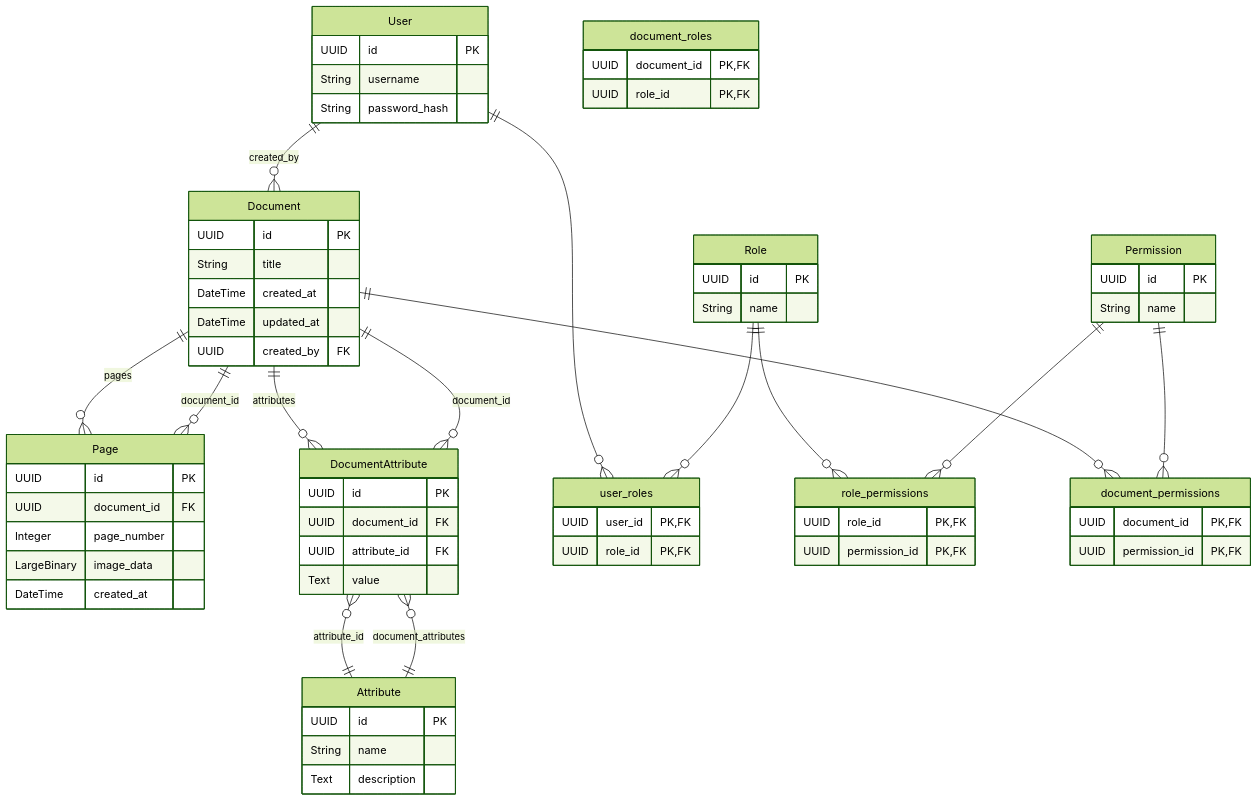
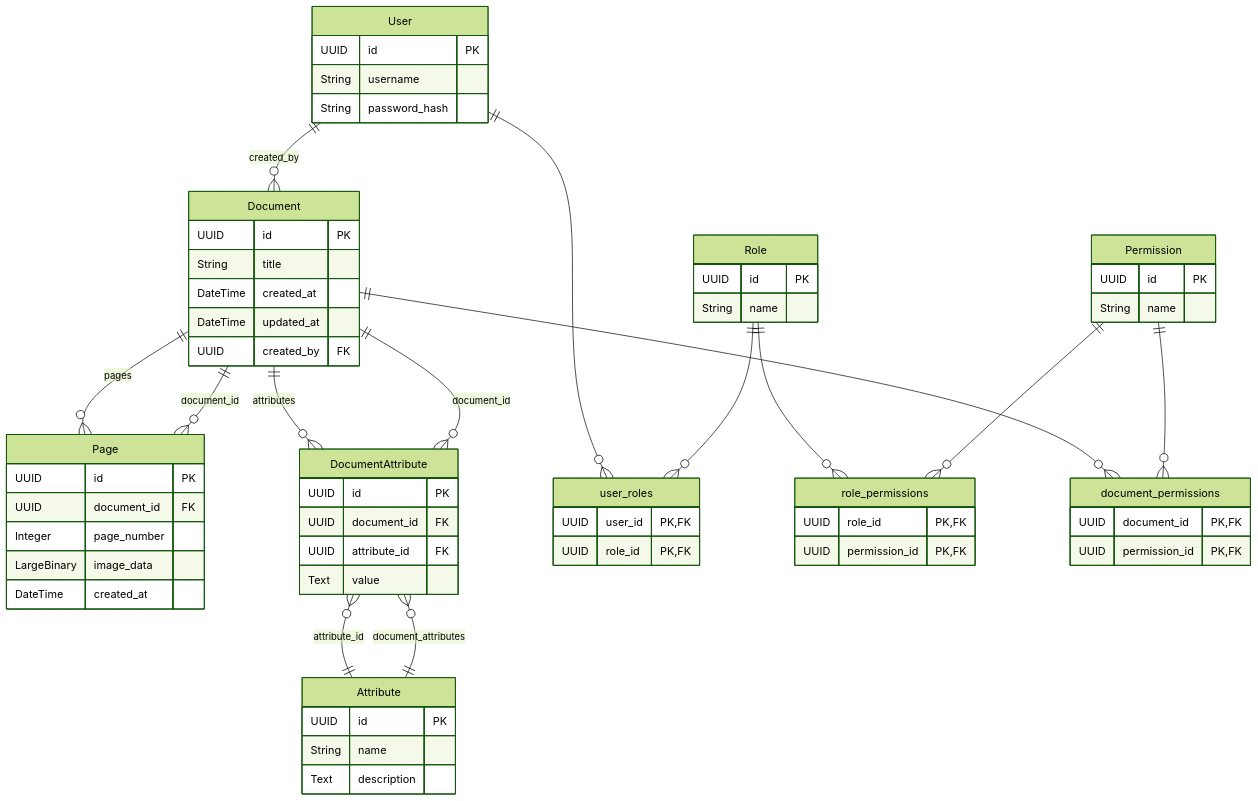
One commit to thunderquack/arc-be changed the diagram in database/scheme.md. Above: the diagram before and after it, drawn with Mermaid (forest theme).

Commit message:
extra table

````diff
--- a/database/scheme.md
+++ b/database/scheme.md
@@ -3,82 +3,77 @@
 ```mermaid
 erDiagram
     User {
         UUID id PK
         String username
         String password_hash
     }
     
     Role {
         UUID id PK
         String name
     }
     
     Permission {
         UUID id PK
         String name
     }
     
     Document {
         UUID id PK
         String title
         DateTime created_at
         DateTime updated_at
         UUID created_by FK
     }
     
     Page {
         UUID id PK
         UUID document_id FK
         Integer page_number
         LargeBinary image_data
         DateTime created_at
     }
     
     Attribute {
         UUID id PK
         String name
         Text description
     }
     
     DocumentAttribute {
         UUID id PK
         UUID document_id FK
         UUID attribute_id FK
         Text value
     }
 
     user_roles {
         UUID user_id PK, FK
         UUID role_id PK, FK
     }
     
     role_permissions {
         UUID role_id PK, FK
         UUID permission_id PK, FK
     }
     
     document_permissions {
         UUID document_id PK, FK
         UUID permission_id PK, FK
     }
 
-    document_roles {
-        UUID document_id PK, FK
-        UUID role_id PK, FK
-    }
-
     User ||--o{ Document : "created_by"
     User ||--o{ user_roles : ""
     Role ||--o{ user_roles : ""
     Role ||--o{ role_permissions : ""
     Permission ||--o{ role_permissions : ""
     Document ||--o{ Page : "pages"
     Document ||--o{ DocumentAttribute : "attributes"
     Document ||--o{ document_permissions : ""
     Page }o--|| Document : "document_id"
     Attribute ||--o{ DocumentAttribute : "document_attributes"
     DocumentAttribute }o--|| Document : "document_id"
     DocumentAttribute }o--|| Attribute : "attribute_id"
     Permission ||--o{ document_permissions : ""
 
 ```
````
